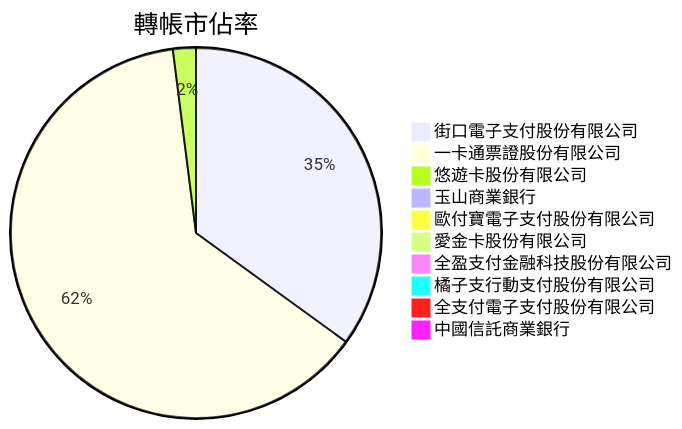
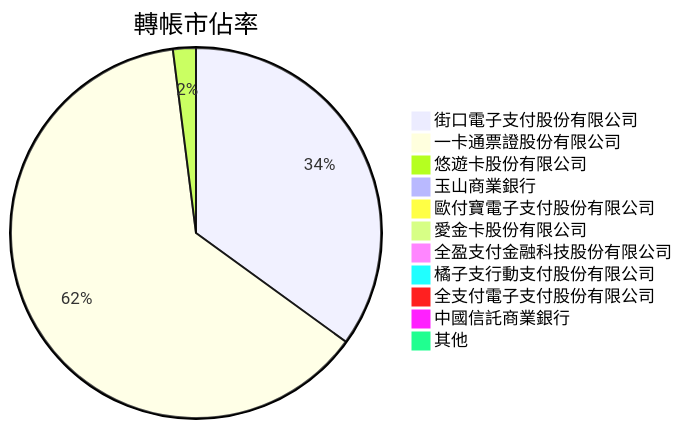
One commit to MichaelNien/ElectronicPaymentInstitutionsAnalyze changed the third of 5 diagrams in report/11108.md. Above: the diagram before and after it, drawn with Mermaid. The commit also changed other lines of this file, not shown here.

````diff
--- a/report/11108.md
+++ b/report/11108.md
@@ -64,13 +66,14 @@
 ```mermaid
 pie title 轉帳市佔率
     "街口電子支付股份有限公司" : 3939842
     "一卡通票證股份有限公司" : 7094474
     "悠遊卡股份有限公司" : 225151
     "玉山商業銀行" : 0
     "歐付寶電子支付股份有限公司" : 10175
     "愛金卡股份有限公司" : 44352
     "全盈支付金融科技股份有限公司" : 1370
     "橘子支行動支付股份有限公司" : 70379
     "全支付電子支付股份有限公司" : 617
     "中國信託商業銀行" : 0
+    "其他" : 90716
 ```
````
